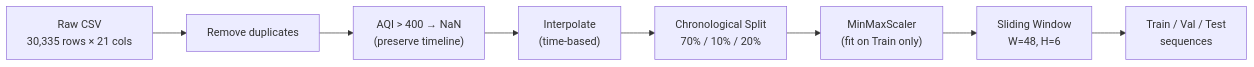
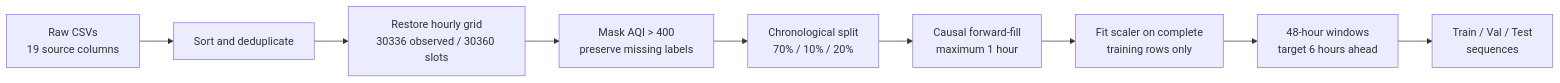
Before and after one commit to GMconqoor29/Air-Quality-Index-AQI-Forecasting-System: the diagram in README.md, drawn with Mermaid. The commit also changed other lines of this file and 63 other files, not shown here.

````diff
--- a/README.md
+++ b/README.md
@@ -215,10 +237,11 @@
 ```mermaid
 graph LR
-    A["Raw CSV<br/>30,335 rows × 21 cols"] --> B["Remove duplicates"]
-    B --> C["AQI > 400 → NaN<br/>(preserve timeline)"]
-    C --> D["Interpolate<br/>(time-based)"]
-    D --> E["Chronological Split<br/>70% / 10% / 20%"]
-    E --> F["MinMaxScaler<br/>(fit on Train only)"]
-    F --> G["Sliding Window<br/>W=48, H=6"]
-    G --> H["Train / Val / Test<br/>sequences"]
+    A["Raw CSVs<br/>19 source columns"] --> B["Sort and deduplicate"]
+    B --> C["Restore hourly grid<br/>30336 observed / 30360 slots"]
+    C --> D["Mask AQI > 400<br/>preserve missing labels"]
+    D --> E["Chronological split<br/>70% / 10% / 20%"]
+    E --> F["Causal forward-fill<br/>maximum 1 hour"]
+    F --> G["Fit scaler on complete<br/>training rows only"]
+    G --> H["48-hour windows<br/>target 6 hours ahead"]
+    H --> I["Train / Val / Test<br/>sequences"]
 ```
````
